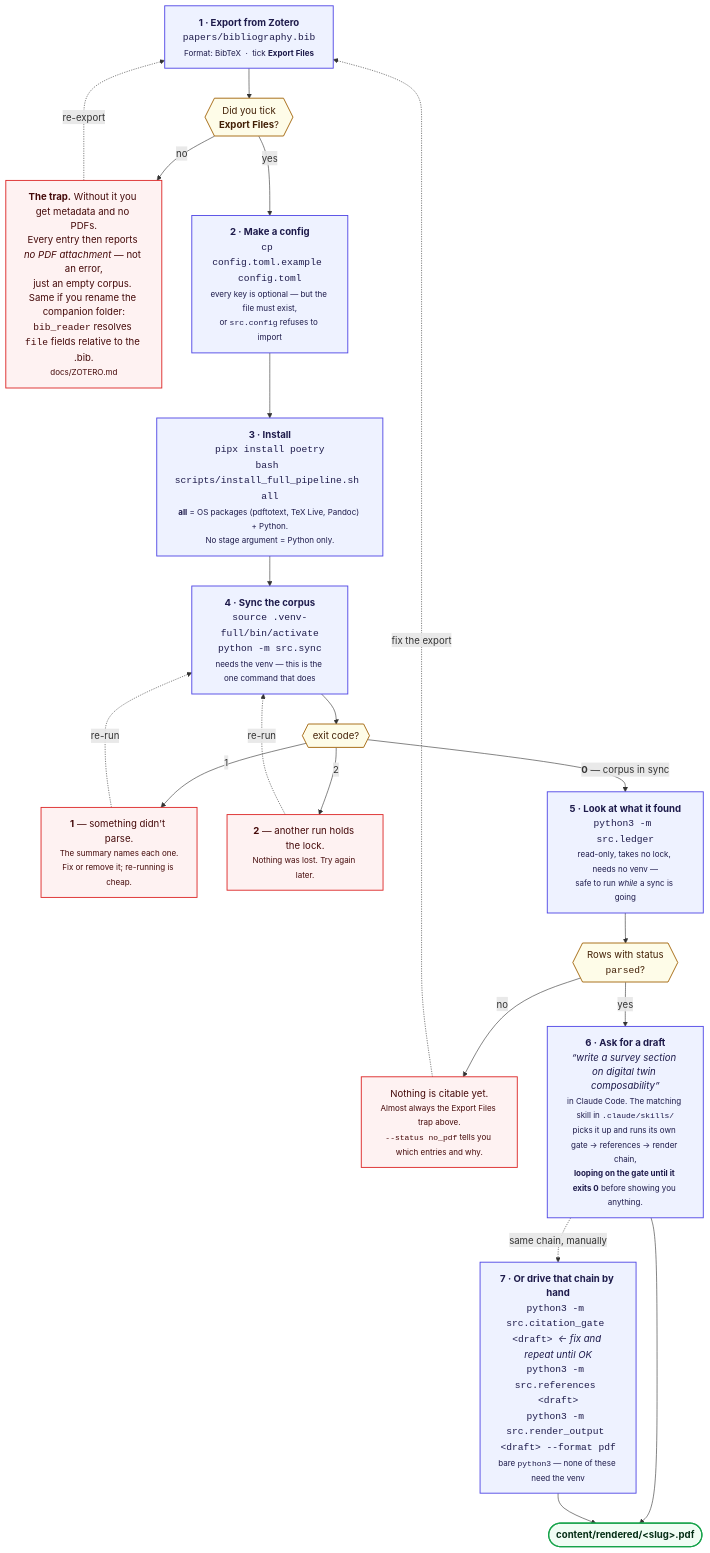
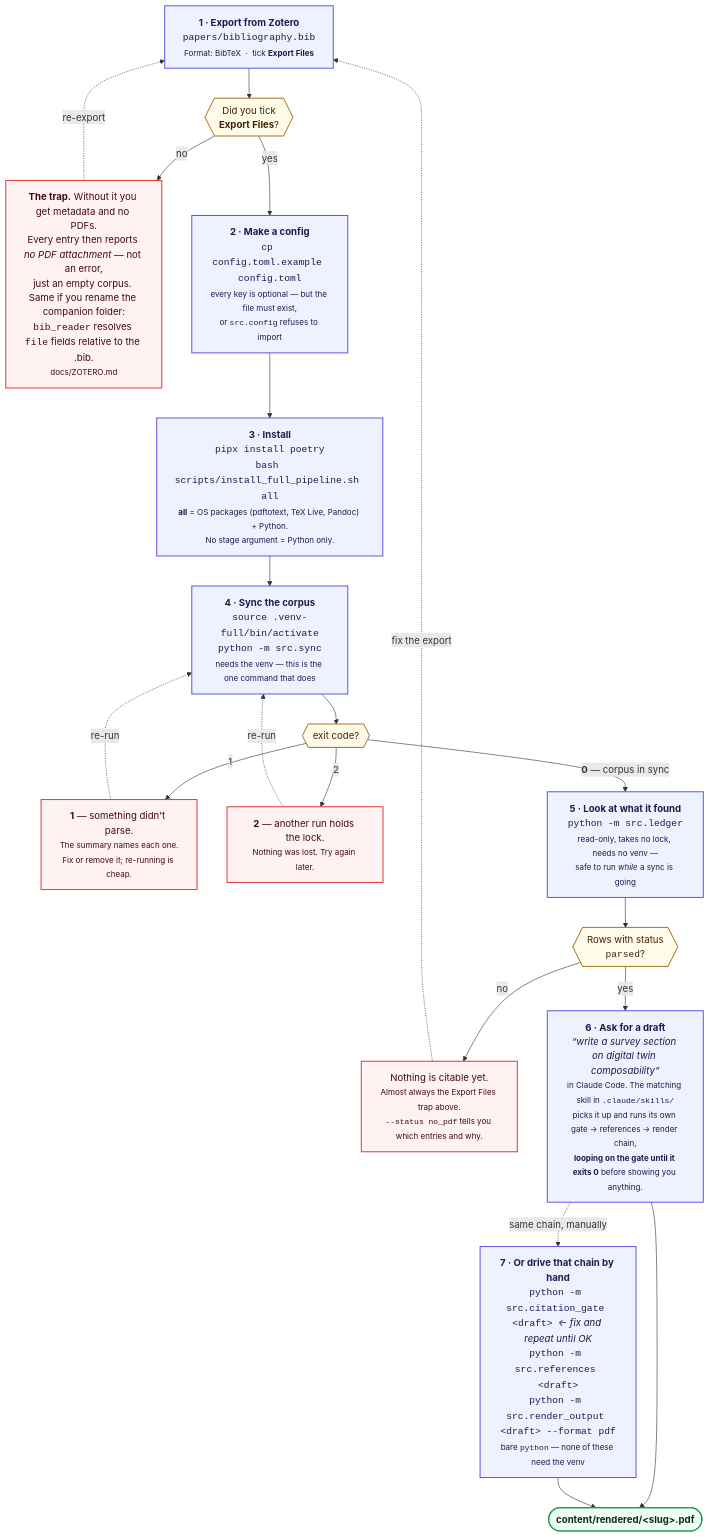
The second of 11 diagrams in docs/DIAGRAMS.md (prasadtalasila/chitragupta), drawn with Mermaid before and after one commit. The commit also changed other lines of this file and 62 other files, not shown here.

````diff
--- a/docs/DIAGRAMS.md
+++ b/docs/DIAGRAMS.md
@@ -109,51 +109,51 @@
 ```mermaid
 flowchart TB
 
   A["<b>1 · Export from Zotero</b><br/><code>papers/bibliography.bib</code><br/><small>Format: BibTeX &nbsp;·&nbsp; tick <b>Export Files</b></small>"]
   A1{{"Did you tick<br/><b>Export Files</b>?"}}
   ATRAP["<b>The trap.</b> Without it you get metadata and no PDFs.<br/>Every entry then reports <i>no PDF attachment</i> — not an error,<br/>just an empty corpus. Same if you rename the companion folder:<br/><code>bib_reader</code> resolves <code>file</code> fields relative to the .bib.<br/><small>docs/ZOTERO.md</small>"]
 
   B["<b>2 · Make a config</b><br/><code>cp config.toml.example config.toml</code><br/><small>every key is optional — but the file must exist,<br/>or <code>src.config</code> refuses to import</small>"]
 
   C["<b>3 · Install</b><br/><code>pipx install poetry</code><br/><code>bash scripts/install_full_pipeline.sh all</code><br/><small><b>all</b> = OS packages (pdftotext, TeX Live, Pandoc) + Python.<br/>No stage argument = Python only.</small>"]
 
   D["<b>4 · Sync the corpus</b><br/><code>source .venv-full/bin/activate</code><br/><code>python -m src.sync</code><br/><small>needs the venv — this is the one command that does</small>"]
   D1{{"exit code?"}}
   DFAIL["<b>1</b> — something didn't parse.<br/><small>The summary names each one.<br/>Fix or remove it; re-running is cheap.</small>"]
   DBUSY["<b>2</b> — another run holds the lock.<br/><small>Nothing was lost. Try again later.</small>"]
 
-  E["<b>5 · Look at what it found</b><br/><code>python3 -m src.ledger</code><br/><small>read-only, takes no lock, needs no venv —<br/>safe to run <i>while</i> a sync is going</small>"]
+  E["<b>5 · Look at what it found</b><br/><code>python -m src.ledger</code><br/><small>read-only, takes no lock, needs no venv —<br/>safe to run <i>while</i> a sync is going</small>"]
   E1{{"Rows with status<br/><code>parsed</code>?"}}
   EEMPTY["Nothing is citable yet.<br/><small>Almost always the Export Files trap above.<br/><code>--status no_pdf</code> tells you which entries and why.</small>"]
 
   F["<b>6 · Ask for a draft</b><br/><i>“write a survey section on digital twin composability”</i><br/><small>in Claude Code. The matching skill in <code>.claude/skills/</code><br/>picks it up and runs its own gate → references → render chain,<br/><b>looping on the gate until it exits 0</b> before showing you anything.</small>"]
 
-  G["<b>7 · Or drive that chain by hand</b><br/><code>python3 -m src.citation_gate &lt;draft&gt;</code> &nbsp;<i>← fix and repeat until OK</i><br/><code>python3 -m src.references &lt;draft&gt;</code><br/><code>python3 -m src.render_output &lt;draft&gt; --format pdf</code><br/><small>bare <code>python3</code> — none of these need the venv</small>"]
+  G["<b>7 · Or drive that chain by hand</b><br/><code>python -m src.citation_gate &lt;draft&gt;</code> &nbsp;<i>← fix and repeat until OK</i><br/><code>python -m src.references &lt;draft&gt;</code><br/><code>python -m src.render_output &lt;draft&gt; --format pdf</code><br/><small>bare <code>python</code> — none of these need the venv</small>"]
 
   DONE(["<b>content/rendered/&lt;slug&gt;.pdf</b>"])
 
   A --> A1
   A1 -- no --> ATRAP
   ATRAP -. "re-export" .-> A
   A1 -- yes --> B --> C --> D --> D1
   D1 -- "1" --> DFAIL
   D1 -- "2" --> DBUSY
   DBUSY -. "re-run" .-> D
   DFAIL -. "re-run" .-> D
   D1 -- "<b>0</b> — corpus in sync" --> E --> E1
   E1 -- no --> EEMPTY
   EEMPTY -. "fix the export" .-> A
   E1 -- yes --> F --> DONE
   F -. "same chain, manually" .-> G
   G --> DONE
 
   classDef step fill:#eef2ff,stroke:#4f46e5,stroke-width:1.5px,color:#1e1b4b
   classDef check fill:#fefce8,stroke:#a16207,stroke-width:1.5px,color:#422006
   classDef trap fill:#fef2f2,stroke:#dc2626,stroke-width:1.5px,color:#450a0a
   classDef done fill:#f0fdf4,stroke:#16a34a,stroke-width:2px,color:#052e16
 
   class A,B,C,D,E,F,G step
   class A1,D1,E1 check
   class ATRAP,EEMPTY,DFAIL,DBUSY trap
   class DONE done
 ```
````
